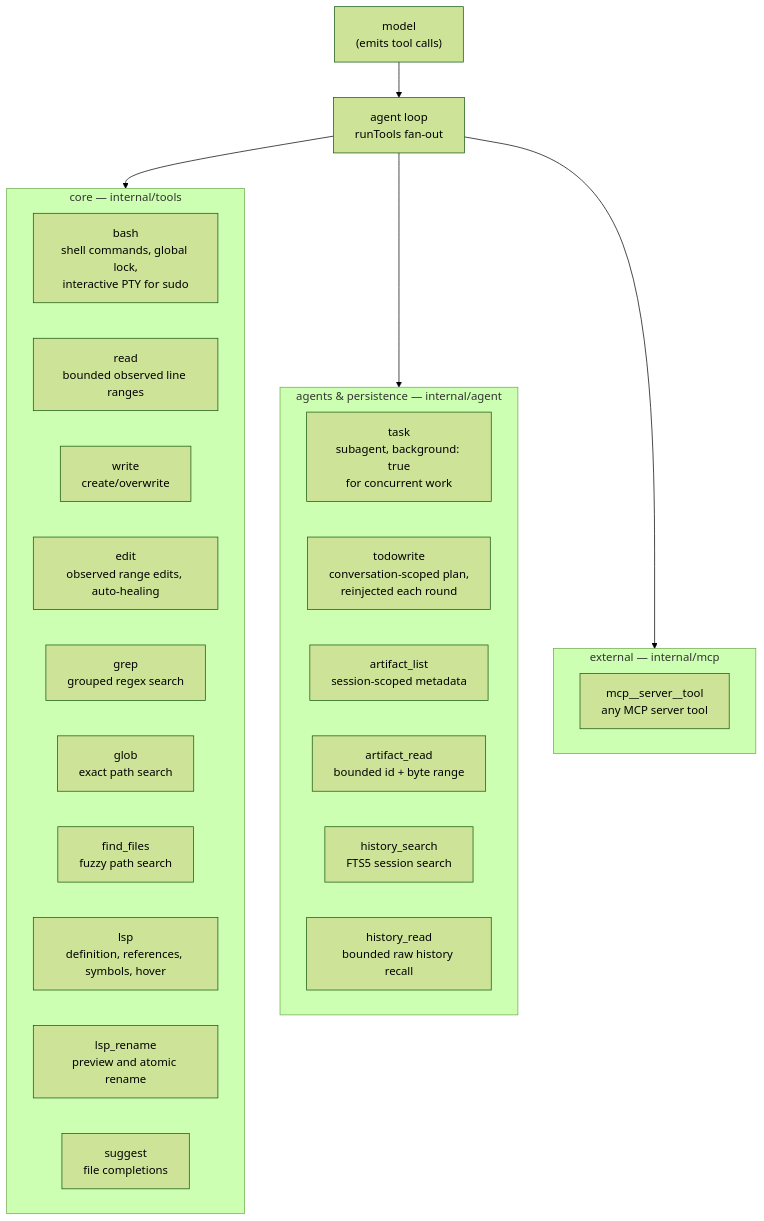
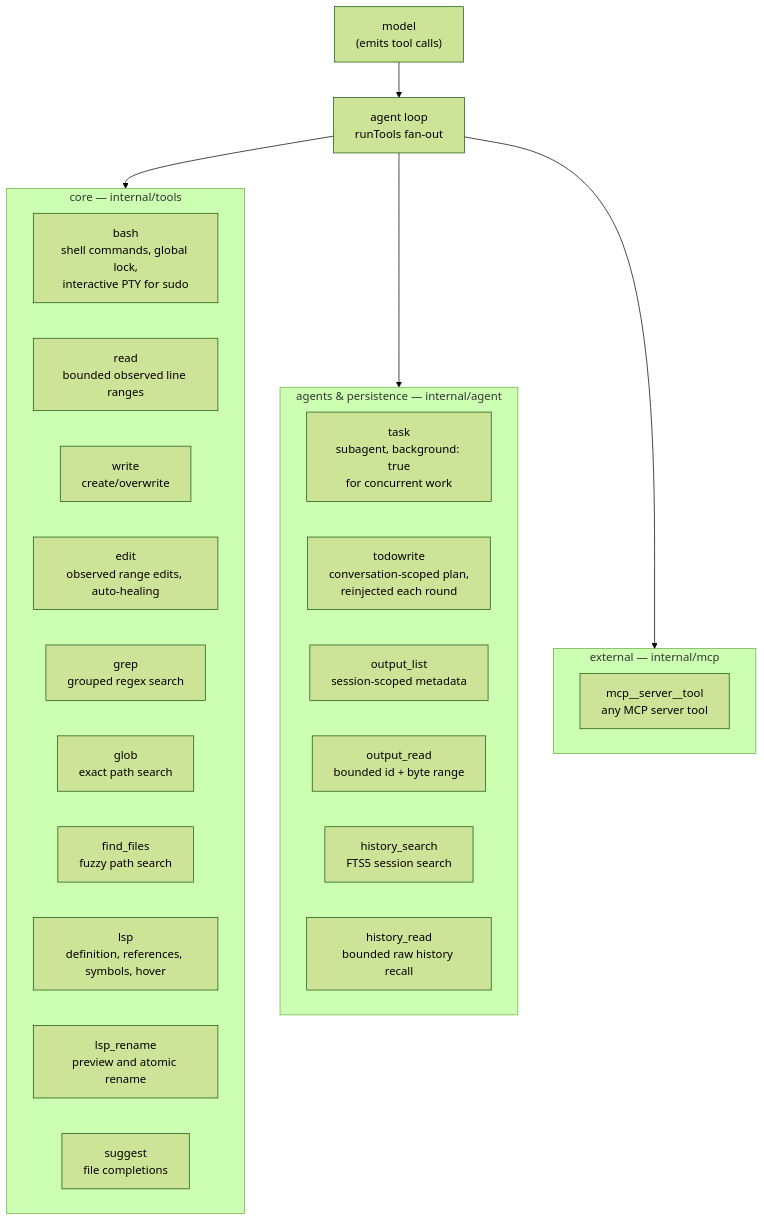
The diagram in docs/tools.md (sacca97/ghg), drawn with Mermaid (forest theme) before and after one commit. The commit also changed other lines of this file and 343 other files, not shown here.

````diff
--- a/docs/tools.md
+++ b/docs/tools.md
@@ -10,32 +10,32 @@
 ```mermaid
 flowchart TB
     MODEL["model<br/>(emits tool calls)"] --> LOOP["agent loop<br/>runTools fan-out"]
 
     subgraph core["core — internal/tools"]
         BASH["bash<br/>shell commands, global lock,<br/>interactive PTY for sudo"]
         READ["read<br/>bounded observed line ranges"]
         WRITE["write<br/>create/overwrite"]
         EDIT["edit<br/>observed range edits, auto-healing"]
         GREP["grep<br/>grouped regex search"]
         GLOB["glob<br/>exact path search"]
         FIND["find_files<br/>fuzzy path search"]
         LSP["lsp<br/>definition, references, symbols, hover"]
         LSPR["lsp_rename<br/>preview and atomic rename"]
         SUGGEST["suggest<br/>file completions"]
     end
 
     subgraph agents["agents & persistence — internal/agent"]
         TASK["task<br/>subagent, background: true<br/>for concurrent work"]
         TODO["todowrite<br/>conversation-scoped plan,<br/>reinjected each round"]
-        ALIST["artifact_list<br/>session-scoped metadata"]
-        AREAD["artifact_read<br/>bounded id + byte range"]
+        ALIST["output_list<br/>session-scoped metadata"]
+        AREAD["output_read<br/>bounded id + byte range"]
         HSEARCH["history_search<br/>FTS5 session search"]
         HREAD["history_read<br/>bounded raw history recall"]
     end
 
     subgraph ext["external — internal/mcp"]
         MCPT["mcp__server__tool<br/>any MCP server tool"]
     end
 
     LOOP --> core & agents & ext
 ```
````
